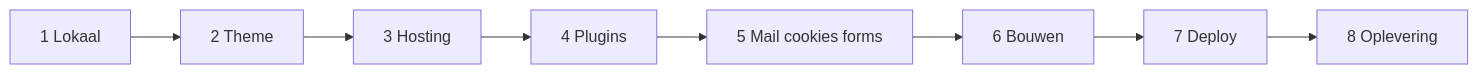
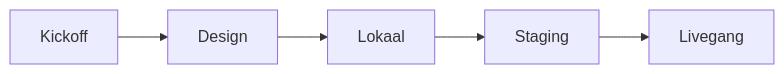
The diagram in sops/nieuwe-wordpress-site.mdx (kayjilesen/documentationai-Docs), drawn with Mermaid before and after one commit. The commit also changed other lines of this file and 27 other files, not shown here.

````diff
--- a/sops/nieuwe-wordpress-site.mdx
+++ b/sops/nieuwe-wordpress-site.mdx
@@ -16,10 +12,7 @@
 ```mermaid
 graph LR
-    A["1 Lokaal"] --> B["2 Theme"]
-    B --> C["3 Hosting"]
-    C --> D["4 Plugins"]
-    D --> E["5 Mail cookies forms"]
-    E --> F["6 Bouwen"]
-    F --> G["7 Deploy"]
-    G --> H["8 Oplevering"]
+    A["Kickoff"] --> B["Design"]
+    B --> C["Lokaal"]
+    C --> D["Staging"]
+    D --> E["Livegang"]
 ```
````
